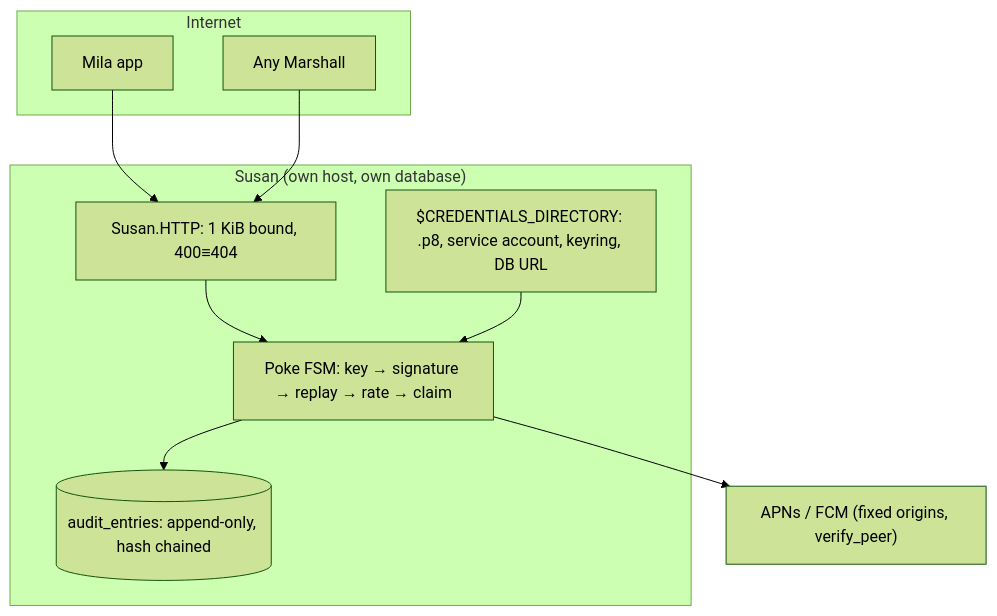
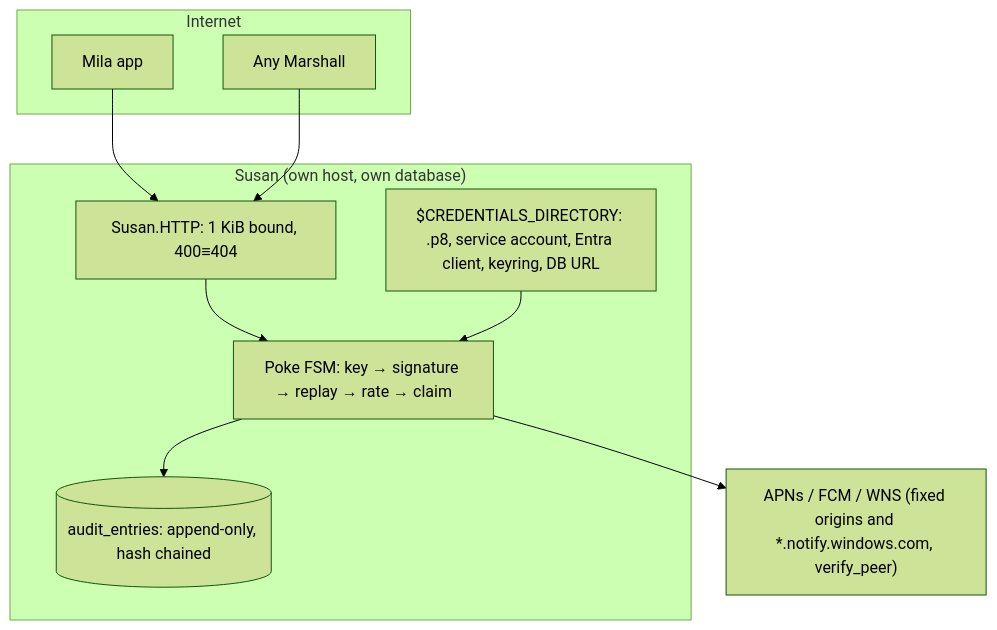
Before and after one commit to dlkeith-p-forks/overalls: the second of 2 diagrams in marshall/priv/hldd/20-security.md, drawn with Mermaid (forest theme). The commit also changed other lines of this file and 151 other files, not shown here.

````diff
--- a/marshall/priv/hldd/20-security.md
+++ b/marshall/priv/hldd/20-security.md
@@ -1696,19 +1697,19 @@
 ```mermaid
 flowchart TB
   subgraph Untrusted["Internet"]
     Mila["Mila app"]
     Marshall["Any Marshall"]
   end
   subgraph Susan["Susan (own host, own database)"]
     HTTP["Susan.HTTP: 1 KiB bound, 400≡404"]
     FSM["Poke FSM: key → signature → replay → rate → claim"]
     Audit[("audit_entries: append-only, hash chained")]
-    Secrets["$CREDENTIALS_DIRECTORY: .p8, service account, keyring, DB URL"]
+    Secrets["$CREDENTIALS_DIRECTORY: .p8, service account, Entra client, keyring, DB URL"]
   end
-  Providers["APNs / FCM (fixed origins, verify_peer)"]
+  Providers["APNs / FCM / WNS (fixed origins and *.notify.windows.com, verify_peer)"]
   Mila --> HTTP
   Marshall --> HTTP
   HTTP --> FSM --> Providers
   FSM --> Audit
   Secrets --> FSM
 ```
````
